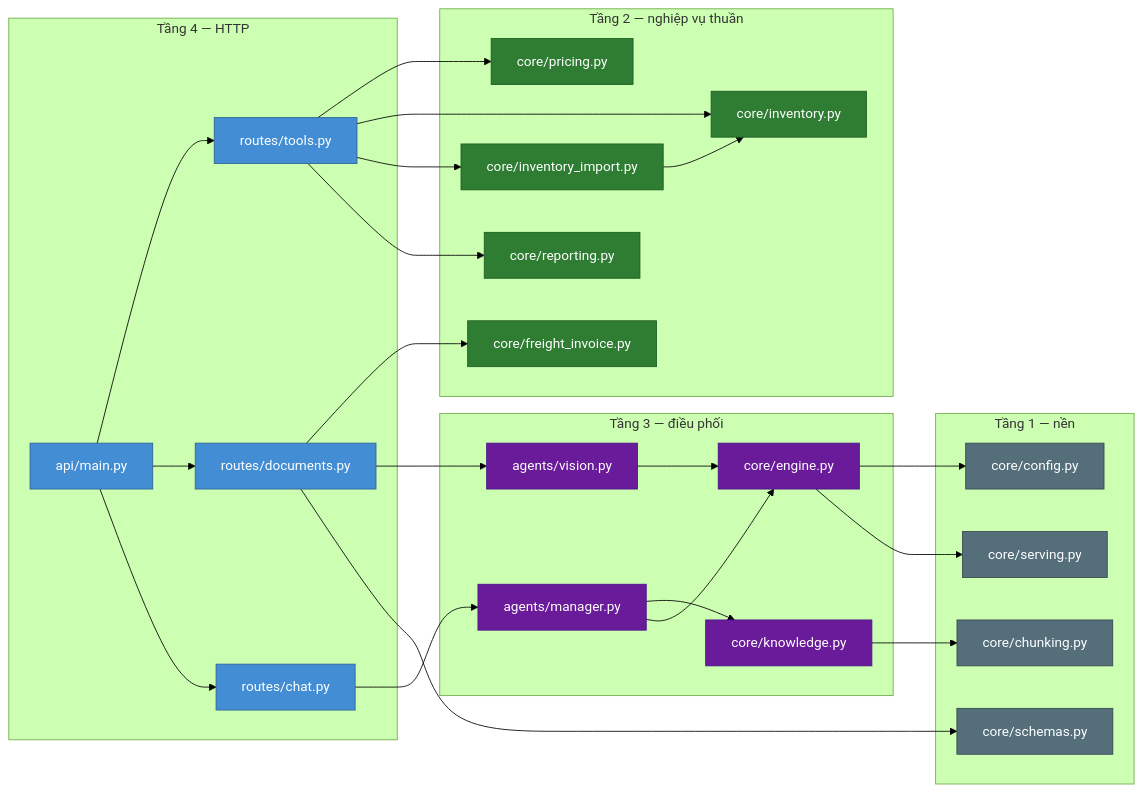
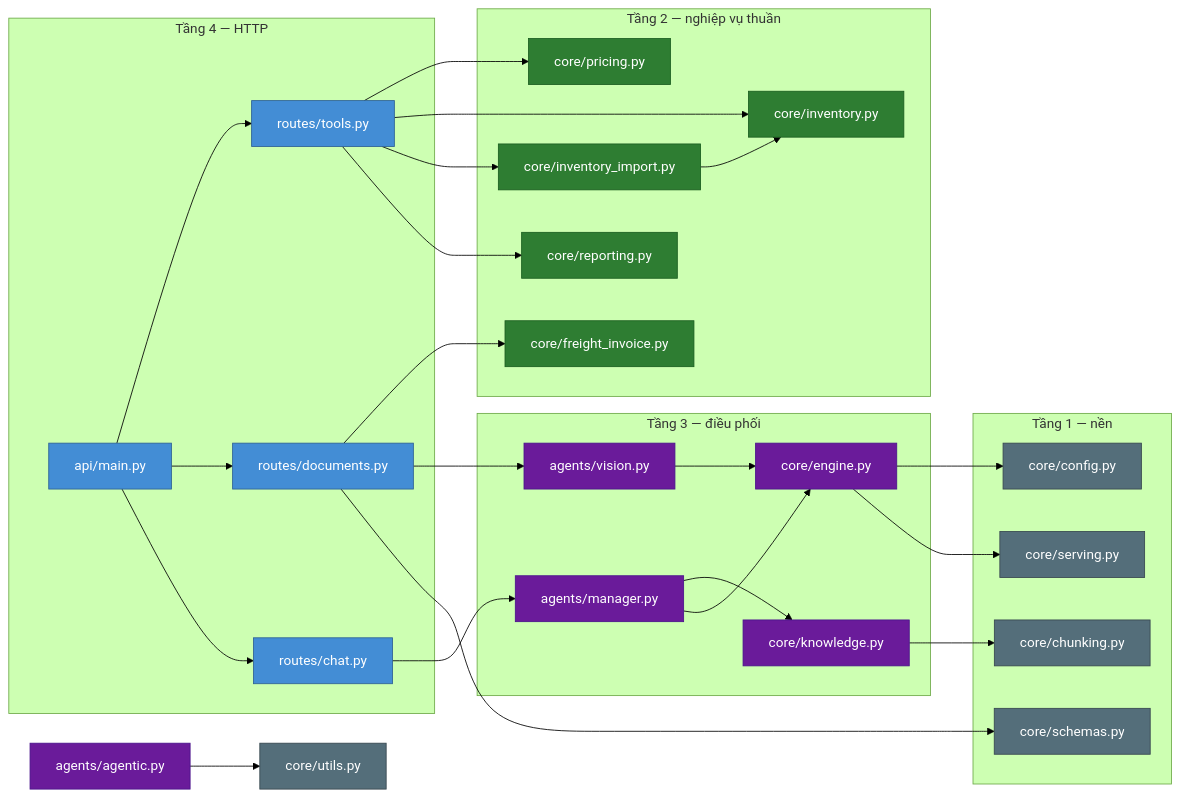
Before and after one commit to PCBoiz/ANSER_AI: the seventh of 10 diagrams in ARCHITECTURE_DIAGRAMS.md, drawn with Mermaid (forest theme). The commit also changed other lines of this file and 4 other files, not shown here.

````diff
--- a/ARCHITECTURE_DIAGRAMS.md
+++ b/ARCHITECTURE_DIAGRAMS.md
@@ -264,47 +264,48 @@
 ```mermaid
 graph LR
     subgraph L4["Tầng 4 — HTTP"]
         main["api/main.py"]
         rtools["routes/tools.py"]
         rdocs["routes/documents.py"]
         rchat["routes/chat.py"]
     end
     subgraph L3["Tầng 3 — điều phối"]
         manager["agents/manager.py"]
         vision["agents/vision.py"]
         engine["core/engine.py"]
         kb["core/knowledge.py"]
     end
     subgraph L2["Tầng 2 — nghiệp vụ thuần"]
         pricing["core/pricing.py"]
         inventory["core/inventory.py"]
         inv_imp["core/inventory_import.py"]
         freight["core/freight_invoice.py"]
         reporting["core/reporting.py"]
     end
     subgraph L1["Tầng 1 — nền"]
         config["core/config.py"]
         serving["core/serving.py"]
         chunking["core/chunking.py"]
         schemas["core/schemas.py"]
     end
 
     main --> rtools & rdocs & rchat
     rtools --> pricing & inventory & inv_imp & reporting
     rdocs --> freight & vision & schemas
     rchat --> manager
     manager --> kb & engine
     vision --> engine
     engine --> config & serving
     kb --> chunking
     inv_imp --> inventory
+    agentic["agents/agentic.py"] --> utils["core/utils.py"]
 
     classDef l4 fill:#438dd5,stroke:#2e6295,color:#fff
     classDef l3 fill:#6a1b9a,stroke:#4a148c,color:#fff
     classDef l2 fill:#2e7d32,stroke:#1b5e20,color:#fff
     classDef l1 fill:#546e7a,stroke:#37474f,color:#fff
     class main,rtools,rdocs,rchat l4
-    class manager,vision,engine,kb l3
+    class manager,vision,engine,kb,agentic l3
     class pricing,inventory,inv_imp,freight,reporting l2
-    class config,serving,chunking,schemas l1
+    class config,serving,chunking,schemas,utils l1
 ```
````
